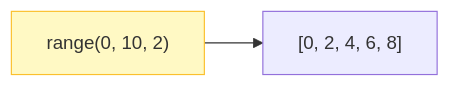
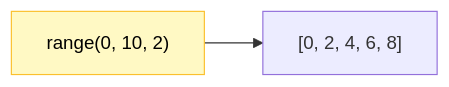
Before and after one commit to AyushSingh360/my-python-notebook: the fourth of 4 diagrams in 02_Data_Types_and_Operators/README.md, drawn with Mermaid. The commit also changed other lines of this file and 2 other files, not shown here.

````diff
--- a/02_Data_Types_and_Operators/README.md
+++ b/02_Data_Types_and_Operators/README.md
@@ -93,5 +93,5 @@
 ```mermaid
 graph LR
     R["range(0, 10, 2)"] --> S["[0, 2, 4, 6, 8]"]
-    style R fill:#fff9c4,stroke:#fbc02d
+    style R fill:#fff9c4,stroke:#fbc02d,color:#000
 ```
````
